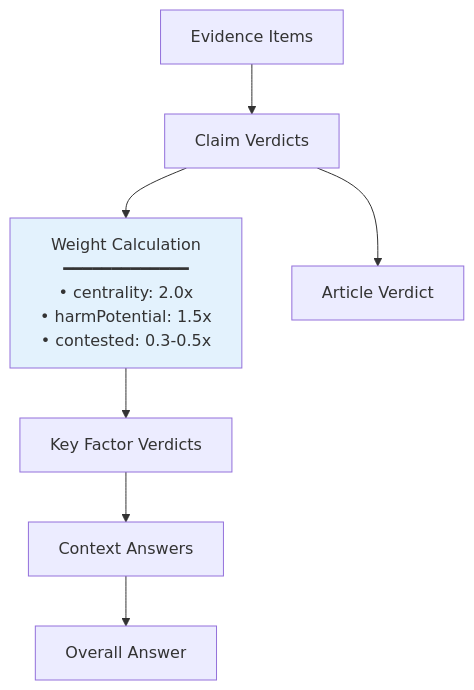
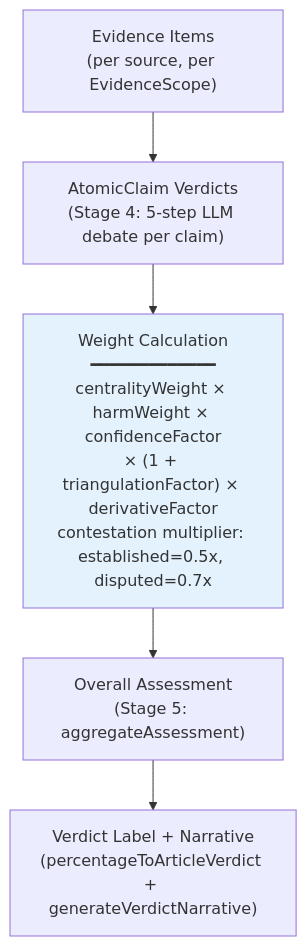
Before and after one commit to robertschaub/FactHarbor: the second of 2 diagrams in Docs/ARCHITECTURE/Calculations.md, drawn with Mermaid. The commit also changed other lines of this file, not shown here.

First line of the commit message:
docs(architecture): rewrite Calculations.md for CB pipeline

````diff
--- a/Docs/ARCHITECTURE/Calculations.md
+++ b/Docs/ARCHITECTURE/Calculations.md
@@ -249,12 +240,9 @@
 ```mermaid
 graph TD
-    Evidence[Evidence Items] --> ClaimVerdicts[Claim Verdicts]
-    ClaimVerdicts --> WeightCalc[Weight Calculation<br/>━━━━━━━━━━━━━<br/>• centrality: 2.0x<br/>• harmPotential: 1.5x<br/>• contested: 0.3-0.5x]
-    WeightCalc --> KeyFactors[Key Factor Verdicts]
-    KeyFactors --> ContextAnswers[Context Answers]
-    ContextAnswers --> OverallAnswer[Overall Answer]
-    
-    ClaimVerdicts --> ArticleVerdict[Article Verdict]
-    
+    Evidence["Evidence Items<br/>(per source, per EvidenceScope)"] --> ClaimVerdicts["AtomicClaim Verdicts<br/>(Stage 4: 5-step LLM debate per claim)"]
+    ClaimVerdicts --> WeightCalc["Weight Calculation<br/>━━━━━━━━━━━━━<br/>centralityWeight × harmWeight × confidenceFactor<br/>× (1 + triangulationFactor) × derivativeFactor<br/>contestation multiplier: established=0.5x, disputed=0.7x"]
+    WeightCalc --> OverallAnswer["Overall Assessment<br/>(Stage 5: aggregateAssessment)"]
+    OverallAnswer --> ArticleVerdict["Verdict Label + Narrative<br/>(percentageToArticleVerdict + generateVerdictNarrative)"]
+
     style WeightCalc fill:#e3f2fd
 ```
````
